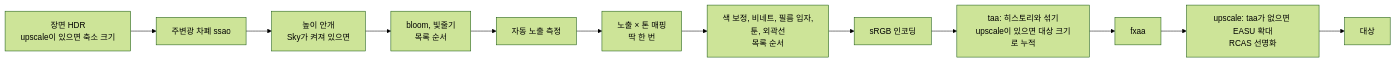
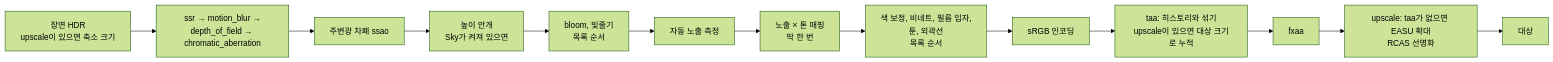
The third of 3 diagrams in docs/rendering-architecture.md (BeautyfullCastle/rust-ai-native-game-engine), drawn with Mermaid (forest theme) before and after one commit. The commit also changed other lines of this file and 3 other files, not shown here.

````diff
--- a/docs/rendering-architecture.md
+++ b/docs/rendering-architecture.md
@@ -185,14 +185,15 @@
 ```mermaid
 flowchart LR
-    A[장면 HDR<br/>upscale이 있으면 축소 크기] --> O[주변광 차폐 ssao]
+    A[장면 HDR<br/>upscale이 있으면 축소 크기] --> ST[ssr → motion_blur →<br/>depth_of_field → chromatic_aberration]
+    ST --> O[주변광 차폐 ssao]
     O --> F[높이 안개<br/>Sky가 켜져 있으면]
     F --> B[bloom, 빛줄기<br/>목록 순서]
     B --> X[자동 노출 측정]
     X --> E[노출 × 톤 매핑<br/>딱 한 번]
     E --> D[색 보정, 비네트, 필름 입자,<br/>툰, 외곽선<br/>목록 순서]
     D --> S[sRGB 인코딩]
     S --> TA[taa: 히스토리와 섞기<br/>upscale이 있으면 대상 크기로 누적]
     TA --> AA[fxaa]
     AA --> U[upscale: taa가 없으면 EASU 확대<br/>RCAS 선명화]
     U --> T[대상]
 ```
````
